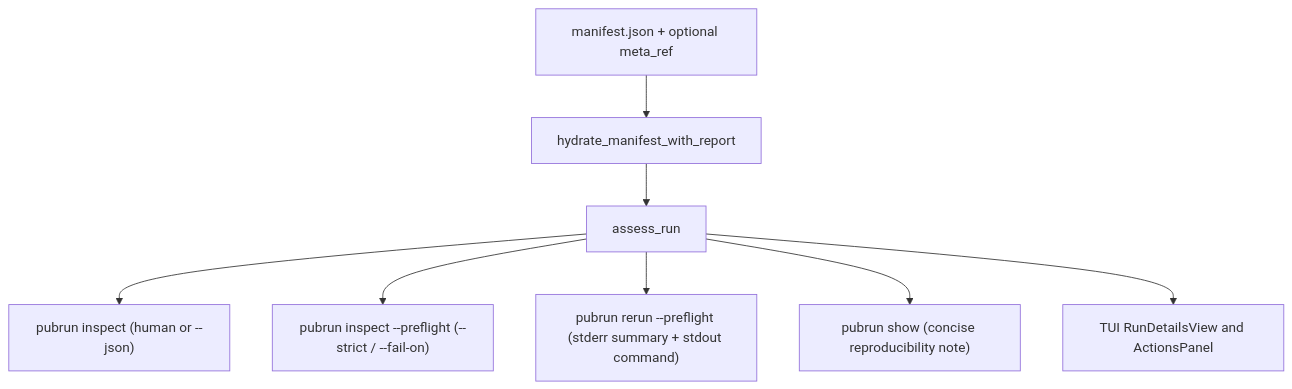
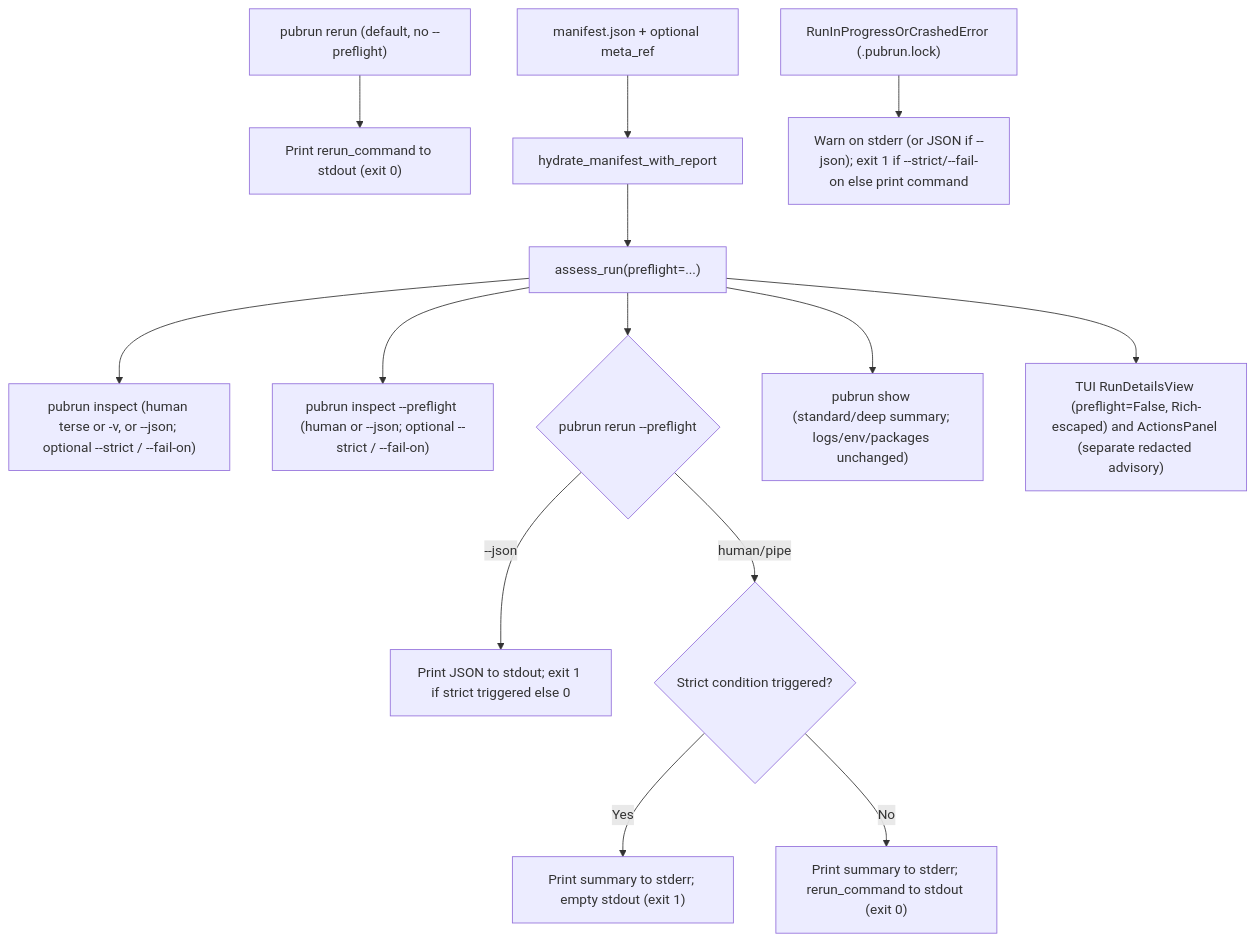
Before and after one commit to fariello/pubrun: the diagram in .aw/records/plans/pending/20261121-repro-check-03-3lqtlt-cli-and-tui-integration-for-reproducibility-assessment-and-p.ipd.md, drawn with Mermaid. The commit also changed other lines of this file and 1 other file, not shown here.

````diff
--- a/.aw/records/plans/pending/20261121-repro-check-03-3lqtlt-cli-and-tui-integration-for-reproducibility-assessment-and-p.ipd.md
+++ b/.aw/records/plans/pending/20261121-repro-check-03-3lqtlt-cli-and-tui-integration-for-reproducibility-assessment-and-p.ipd.md
@@ -34,10 +37,16 @@
 ```mermaid
 flowchart TD
-    M[manifest.json + optional meta_ref] --> H[hydrate_manifest_with_report]
-    H --> A[assess_run]
-    A --> I1["pubrun inspect (human or --json)"]
-    A --> I2["pubrun inspect --preflight (--strict / --fail-on)"]
-    A --> R1["pubrun rerun --preflight (stderr summary + stdout command)"]
-    A --> S1["pubrun show (concise reproducibility note)"]
-    A --> T1["TUI RunDetailsView and ActionsPanel"]
+    R0["pubrun rerun (default, no --preflight)"] --> R0Out["Print rerun_command to stdout (exit 0)"]
+    M["manifest.json + optional meta_ref"] --> H["hydrate_manifest_with_report"]
+    H --> A["assess_run(preflight=...)"]
+    A --> I1["pubrun inspect (human terse or -v, or --json; optional --strict / --fail-on)"]
+    A --> I2["pubrun inspect --preflight (human or --json; optional --strict / --fail-on)"]
+    A --> R1{"pubrun rerun --preflight"}
+    R1 -->|--json| RJson["Print JSON to stdout; exit 1 if strict triggered else 0"]
+    R1 -->|human/pipe| RStrict{"Strict condition triggered?"}
+    RStrict -->|Yes| RAbort["Print summary to stderr; empty stdout (exit 1)"]
+    RStrict -->|No| RPass["Print summary to stderr; rerun_command to stdout (exit 0)"]
+    L["RunInProgressOrCrashedError (.pubrun.lock)"] --> RLock["Warn on stderr (or JSON if --json); exit 1 if --strict/--fail-on else print command"]
+    A --> S1["pubrun show (standard/deep summary; logs/env/packages unchanged)"]
+    A --> T1["TUI RunDetailsView (preflight=False, Rich-escaped) and ActionsPanel (separate redacted advisory)"]
 ```
````
